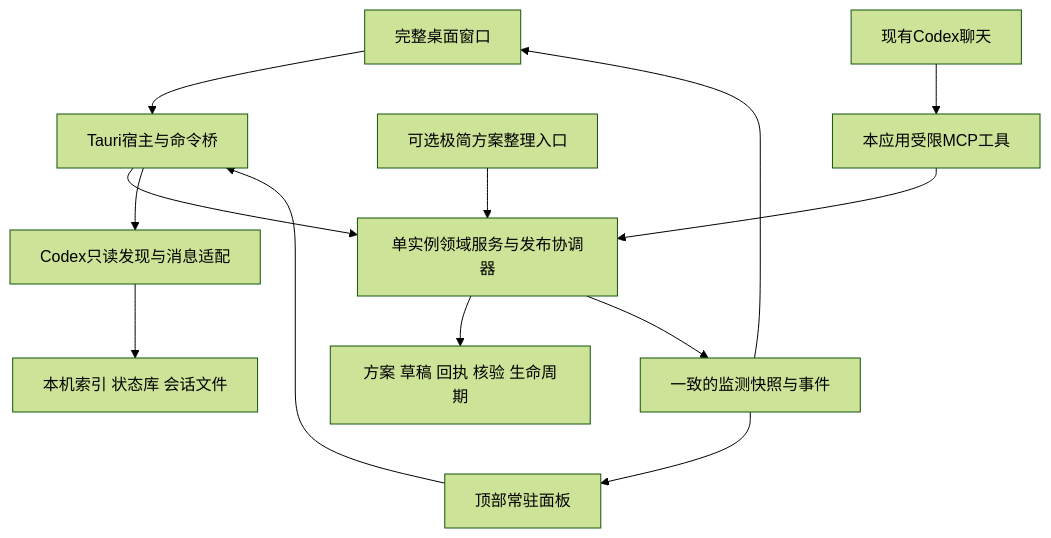
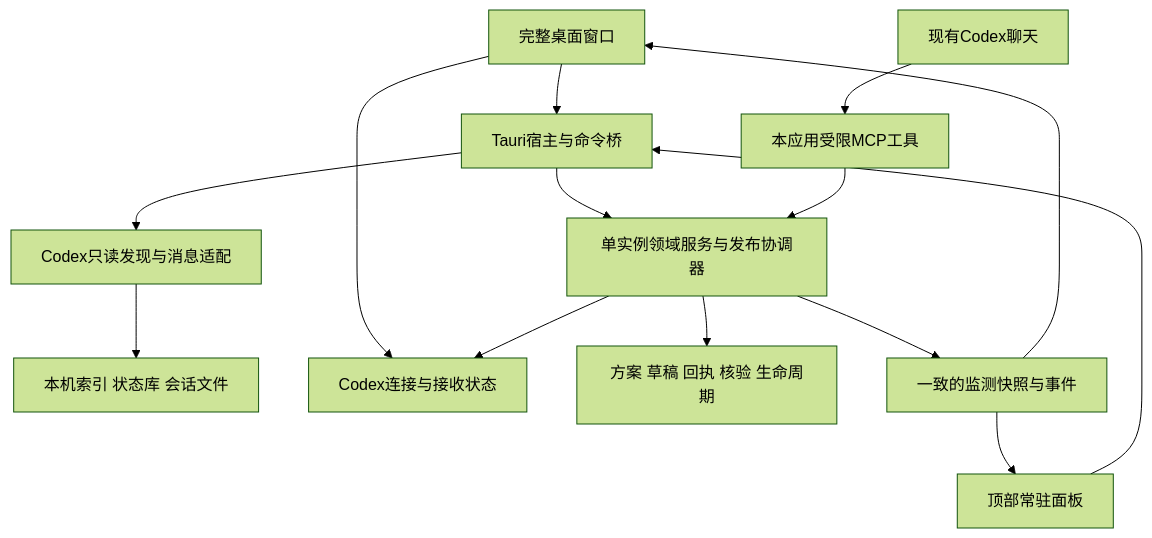
Before and after one commit to WuwuZhang0019/Codex-task-monitoring: the diagram in docs/03_桌面工作台与Codex连接/01_执行方案/01_需求总结与技术选型_2026-11-09.md, drawn with Mermaid (forest theme). The commit also changed other lines of this file and 3 other files, not shown here.

````diff
--- a/docs/03_桌面工作台与Codex连接/01_执行方案/01_需求总结与技术选型_2026-11-09.md
+++ b/docs/03_桌面工作台与Codex连接/01_执行方案/01_需求总结与技术选型_2026-11-09.md
@@ -118,15 +126,16 @@
 ```mermaid
 flowchart TB
     Main[完整桌面窗口] --> Host[Tauri宿主与命令桥]
     Panel[顶部常驻面板] --> Host
     Host --> Core[单实例领域服务与发布协调器]
     Host --> Reader[Codex只读发现与消息适配]
     Reader --> Sources[本机索引 状态库 会话文件]
-    AI[可选极简方案整理入口] --> Core
+    Main --> Connection[Codex连接与接收状态]
     Codex[现有Codex聊天] --> MCP[本应用受限MCP工具]
     MCP --> Core
+    Core --> Connection
     Core --> Data[方案 草稿 回执 核验 生命周期]
     Core --> View[一致的监测快照与事件]
     View --> Main
     View --> Panel
 ```
````
